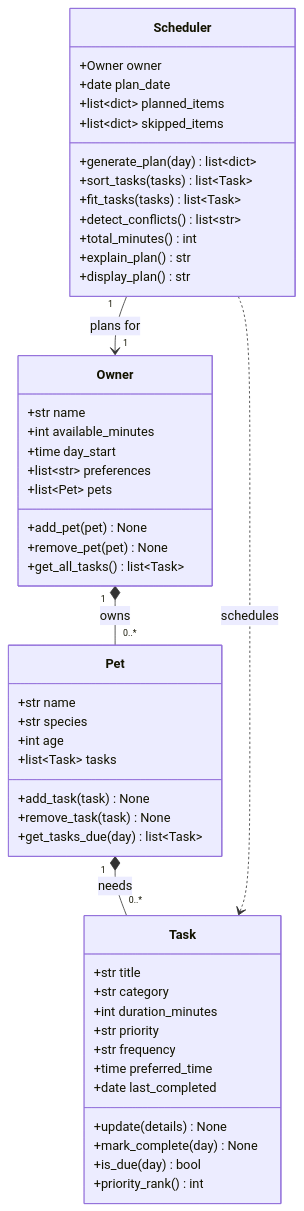
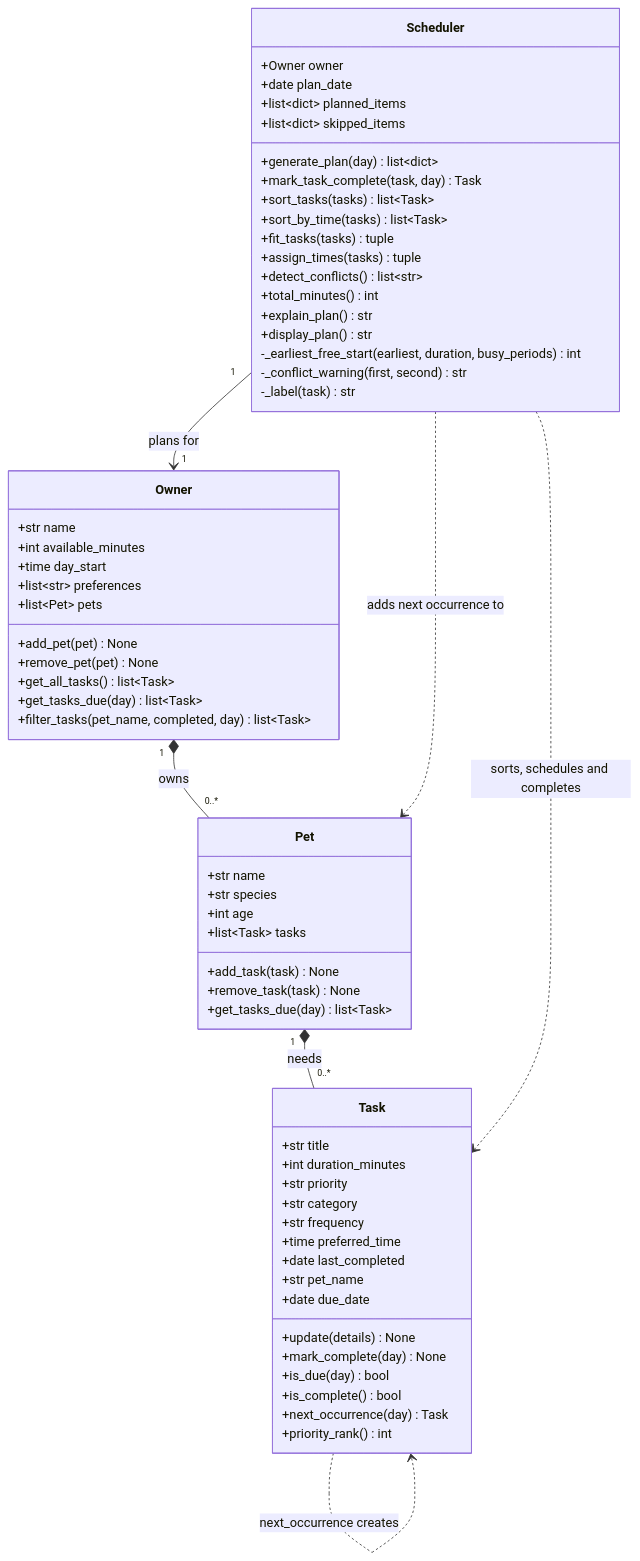
The diagram in diagrams/uml.mmd (Fred56733/ai110-module2show-pawpal-starter), drawn with Mermaid before and after one commit. The commit also changed 4 other files, not shown here.

Commit message:
feat: finish app features, final UML and project docs

```diff
--- a/diagrams/uml.mmd
+++ b/diagrams/uml.mmd
@@ -1,54 +1,68 @@
 classDiagram
     class Owner {
         +str name
         +int available_minutes
         +time day_start
         +list~str~ preferences
         +list~Pet~ pets
         +add_pet(pet) None
         +remove_pet(pet) None
         +get_all_tasks() list~Task~
+        +get_tasks_due(day) list~Task~
+        +filter_tasks(pet_name, completed, day) list~Task~
     }
 
     class Pet {
         +str name
         +str species
         +int age
         +list~Task~ tasks
         +add_task(task) None
         +remove_task(task) None
         +get_tasks_due(day) list~Task~
     }
 
     class Task {
         +str title
-        +str category
         +int duration_minutes
         +str priority
+        +str category
         +str frequency
         +time preferred_time
         +date last_completed
+        +str pet_name
+        +date due_date
         +update(details) None
         +mark_complete(day) None
         +is_due(day) bool
+        +is_complete() bool
+        +next_occurrence(day) Task
         +priority_rank() int
     }
 
     class Scheduler {
         +Owner owner
         +date plan_date
         +list~dict~ planned_items
         +list~dict~ skipped_items
         +generate_plan(day) list~dict~
+        +mark_task_complete(task, day) Task
         +sort_tasks(tasks) list~Task~
-        +fit_tasks(tasks) list~Task~
+        +sort_by_time(tasks) list~Task~
+        +fit_tasks(tasks) tuple
+        +assign_times(tasks) tuple
         +detect_conflicts() list~str~
         +total_minutes() int
         +explain_plan() str
         +display_plan() str
+        -_earliest_free_start(earliest, duration, busy_periods) int
+        -_conflict_warning(first, second) str
+        -_label(task) str
     }
 
     Owner "1" *-- "0..*" Pet : owns
     Pet "1" *-- "0..*" Task : needs
     Scheduler "1" --> "1" Owner : plans for
-    Scheduler ..> Task : schedules
+    Scheduler ..> Task : sorts, schedules and completes
+    Scheduler ..> Pet : adds next occurrence to
+    Task ..> Task : next_occurrence creates
```
